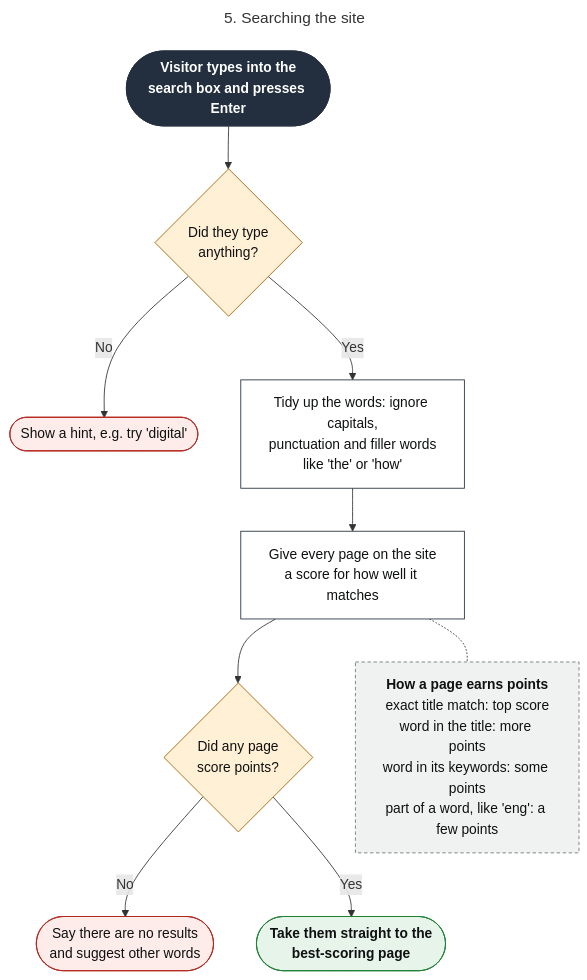
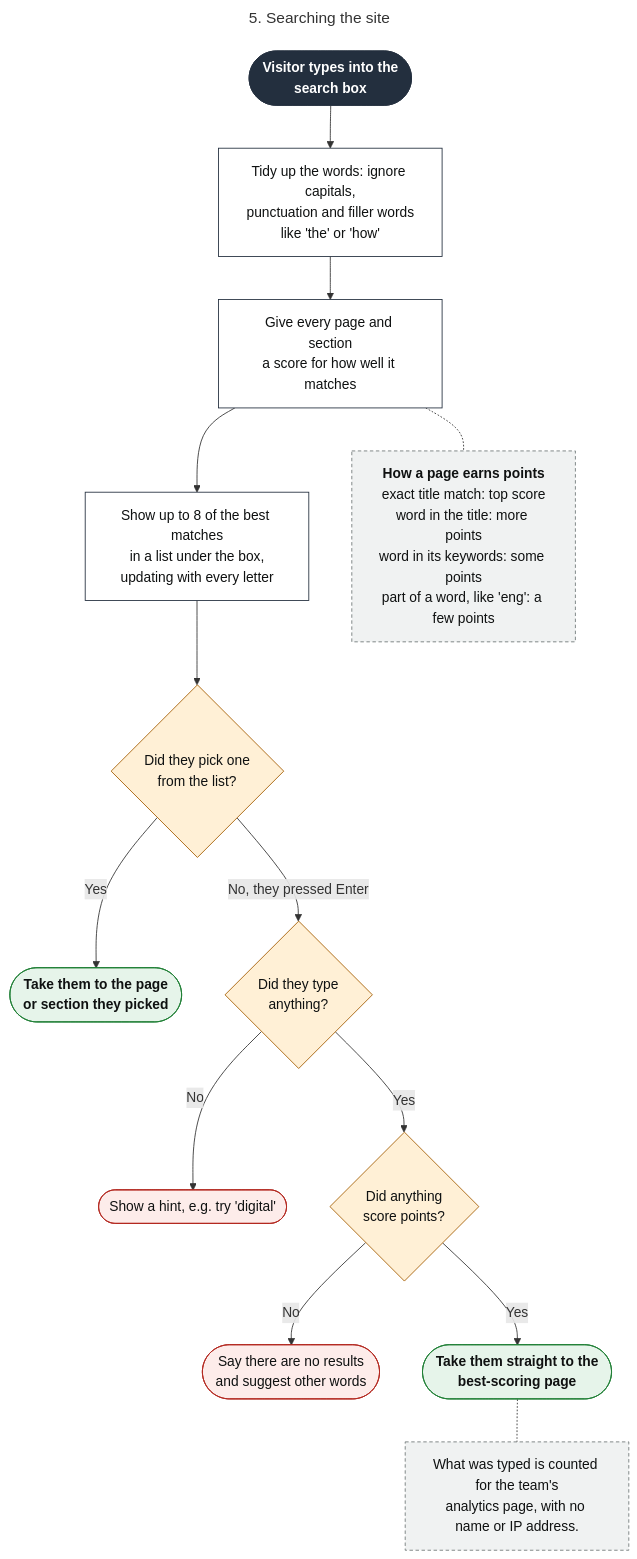
One commit to lucideds/bristol-gp changed the diagram in docs/flowcharts/5-site-search.mmd. Above: the diagram before and after it, drawn with Mermaid. The commit also changed 10 other files, not shown here.

```diff
--- a/docs/flowcharts/5-site-search.mmd
+++ b/docs/flowcharts/5-site-search.mmd
@@ -1,21 +1,24 @@
 ---
 title: "5. Searching the site"
 ---
 flowchart TD
-    S([Visitor types into the<br/>search box and presses Enter]):::start --> A{Did they type<br/>anything?}:::question
+    S([Visitor types into the<br/>search box]):::start --> B[Tidy up the words: ignore capitals,<br/>punctuation and filler words<br/>like 'the' or 'how']:::step
+    B --> C[Give every page and section<br/>a score for how well it matches]:::step
+    C --> L[Show up to 8 of the best matches<br/>in a list under the box,<br/>updating with every letter]:::step
+    L --> P{Did they pick one<br/>from the list?}:::question
+    P -- Yes --> OK1([Take them to the page<br/>or section they picked]):::good
+    P -- "No, they pressed Enter" --> A{Did they type<br/>anything?}:::question
     A -- No --> AX(["Show a hint, e.g. try 'digital'"]):::stop
-    A -- Yes --> B[Tidy up the words: ignore capitals,<br/>punctuation and filler words<br/>like 'the' or 'how']:::step
-    B --> C[Give every page on the site<br/>a score for how well it matches]:::step
-    C --> D{Did any page<br/>score points?}:::question
+    A -- Yes --> D{Did anything<br/>score points?}:::question
     D -- No --> DX([Say there are no results<br/>and suggest other words]):::stop
-    D -- Yes --> OK([Take them straight to the<br/>best-scoring page]):::good
-
+    D -- Yes --> OK2([Take them straight to the<br/>best-scoring page]):::good
     N["<b>How a page earns points</b><br/>exact title match: top score<br/>word in the title: more points<br/>word in its keywords: some points<br/>part of a word, like 'eng': a few points"]:::note
     C -.- N
-
+    R["What was typed is counted for the team's<br/>analytics page, with no name or IP address."]:::note
+    OK2 -.- R
     classDef start fill:#232f3e,stroke:#232f3e,color:#ffffff,font-weight:bold
     classDef step fill:#ffffff,stroke:#232f3e,color:#0f1111
     classDef question fill:#fff0d6,stroke:#a35c00,color:#0f1111
     classDef good fill:#e6f4ea,stroke:#1e7e34,color:#0f1111,font-weight:bold
     classDef stop fill:#fdecea,stroke:#b3261e,color:#0f1111
     classDef note fill:#f0f2f2,stroke:#6f7777,color:#0f1111,stroke-dasharray:4 3
```
